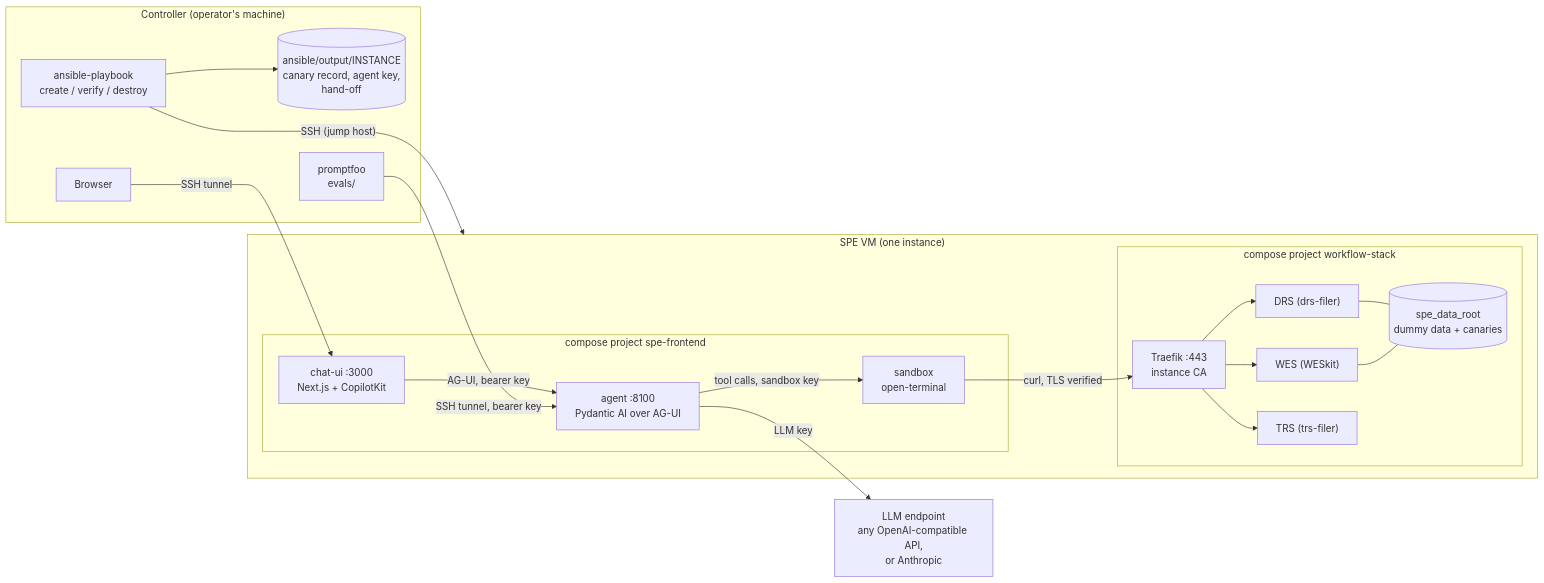
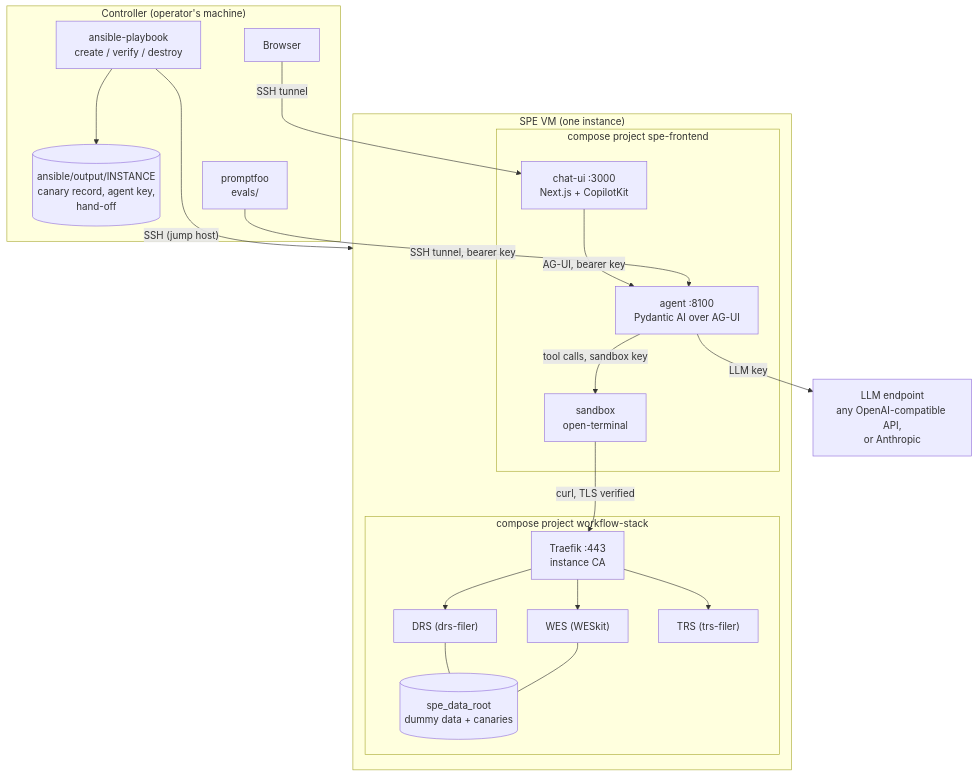
One commit to kraatz/elixir-biohackathon-2026-test changed the diagram in README.md. Above: the diagram before and after it, drawn with Mermaid. The commit also changed other lines of this file and 5 other files, not shown here.

First line of the commit message:
Docs: plain placeholders in shell examples, top-down architecture diagram

````diff
--- a/README.md
+++ b/README.md
@@ -19,37 +19,37 @@
 ```mermaid
-flowchart LR
+flowchart TB
   subgraph controller["Controller (operator's machine)"]
     ansible["ansible-playbook<br/>create / verify / destroy"]
     output[("ansible/output/INSTANCE<br/>canary record, agent key,<br/>hand-off")]
     promptfoo["promptfoo<br/>evals/"]
     browser["Browser"]
   end
 
   subgraph vm["SPE VM (one instance)"]
     subgraph fe["compose project spe-frontend"]
       ui["chat-ui :3000<br/>Next.js + CopilotKit"]
       agent["agent :8100<br/>Pydantic AI over AG-UI"]
       sandbox["sandbox<br/>open-terminal"]
     end
     subgraph ws["compose project workflow-stack"]
       traefik["Traefik :443<br/>instance CA"]
       wes["WES (WESkit)"]
       drs["DRS (drs-filer)"]
       trs["TRS (trs-filer)"]
       data[("spe_data_root<br/>dummy data + canaries")]
     end
   end
 
   llm["LLM endpoint<br/>any OpenAI-compatible API,<br/>or Anthropic"]
 
   ansible -- "SSH (jump host)" --> vm
   ansible --> output
   browser -- "SSH tunnel" --> ui
   promptfoo -- "SSH tunnel, bearer key" --> agent
   ui -- "AG-UI, bearer key" --> agent
   agent -- "LLM key" --> llm
   agent -- "tool calls, sandbox key" --> sandbox
   sandbox -- "curl, TLS verified" --> traefik
   traefik --> wes & drs & trs
   wes & drs --- data
 ```
````
